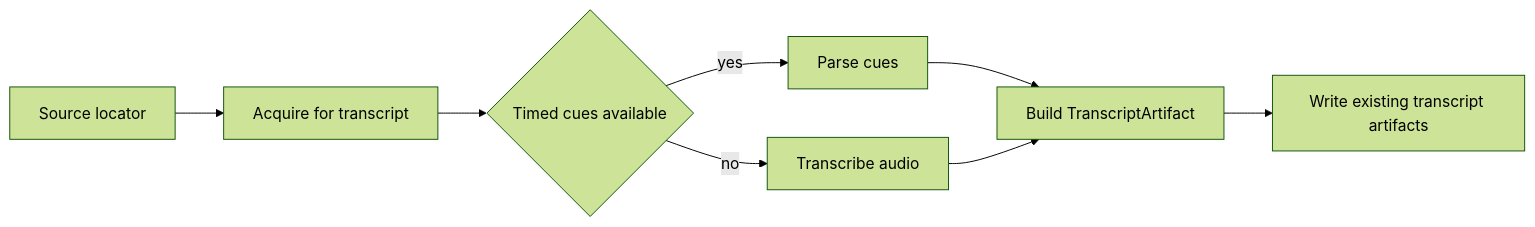
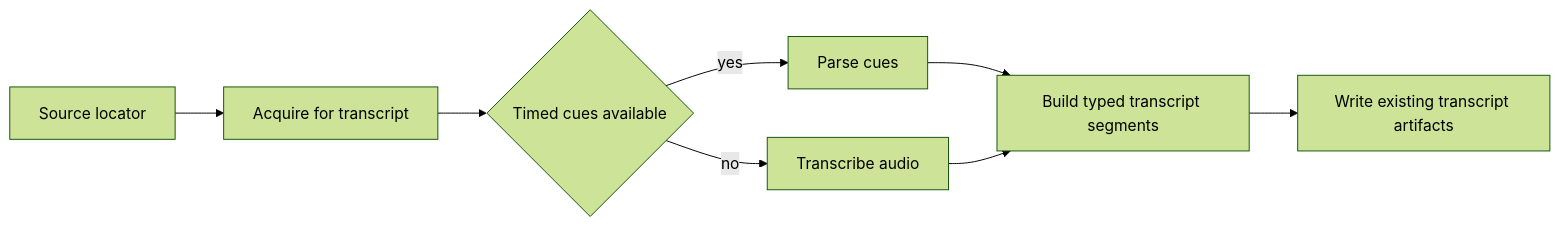
One commit to apue/yt2notion changed the fourth of 9 diagrams in docs/typed-pipeline-architecture.md. Above: the diagram before and after it, drawn with Mermaid (forest theme). The commit also changed other lines of this file and 82 other files, not shown here.

First line of the commit message:
Refactor product flows onto typed pipelines (#34)

````diff
--- a/docs/typed-pipeline-architecture.md
+++ b/docs/typed-pipeline-architecture.md
@@ -199,10 +195,10 @@
 ```mermaid
 flowchart LR
     SRC[Source locator] --> ACQ[Acquire for transcript]
     ACQ --> KIND{Timed cues available}
     KIND -->|yes| PARSE[Parse cues]
     KIND -->|no| ASR[Transcribe audio]
-    PARSE --> BUILD[Build TranscriptArtifact]
+    PARSE --> BUILD[Build typed transcript segments]
     ASR --> BUILD
     BUILD --> WRITE[Write existing transcript artifacts]
 ```
````
